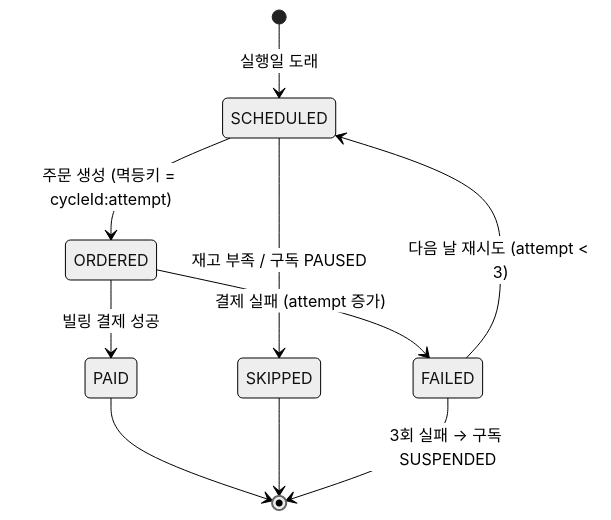
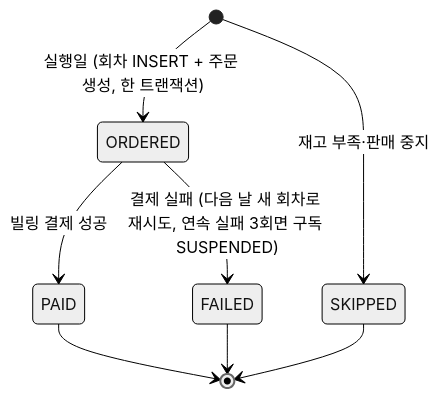
The ninth of 9 diagrams in docs/02-design/04-state-machines.md (95twan/myroutine-v2), drawn with Mermaid (neutral theme) before and after one commit. The commit also changed other lines of this file and 27 other files, not shown here.

````diff
--- a/docs/02-design/04-state-machines.md
+++ b/docs/02-design/04-state-machines.md
@@ -161,12 +155,10 @@
 ```mermaid
 stateDiagram-v2
-  [*] --> SCHEDULED: 실행일 도래
-  SCHEDULED --> ORDERED: 주문 생성 (멱등키 = cycleId:attempt)
+  [*] --> ORDERED: 실행일 (회차 INSERT + 주문 생성, 한 트랜잭션)
+  [*] --> SKIPPED: 재고 부족·판매 중지
   ORDERED --> PAID: 빌링 결제 성공
-  ORDERED --> FAILED: 결제 실패 (attempt 증가)
-  FAILED --> SCHEDULED: 다음 날 재시도 (attempt < 3)
-  SCHEDULED --> SKIPPED: 재고 부족 / 구독 PAUSED
+  ORDERED --> FAILED: 결제 실패 (다음 날 새 회차로 재시도, 연속 실패 3회면 구독 SUSPENDED)
   PAID --> [*]
   SKIPPED --> [*]
-  FAILED --> [*]: 3회 실패 → 구독 SUSPENDED
+  FAILED --> [*]
 ```
````
